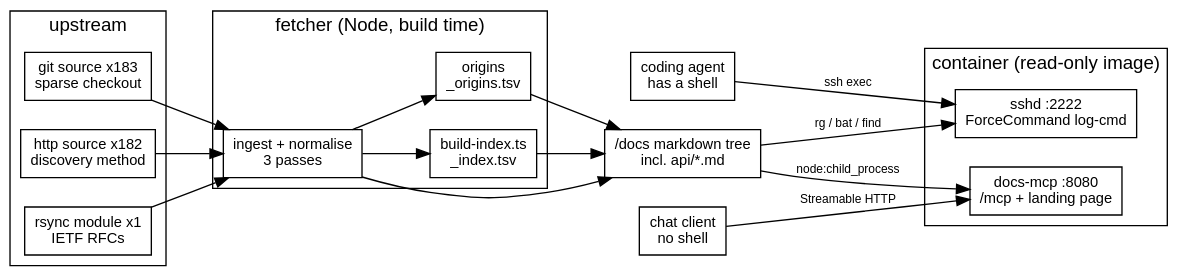
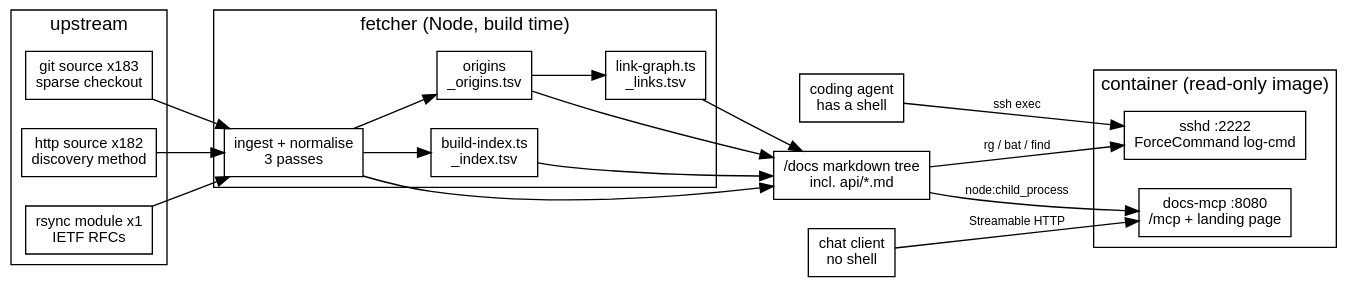
The diagram in src/content/docs/reference/docs-over-ssh.mdx (erfianugrah/lexicanum), drawn with Graphviz before and after one commit. The commit also changed other lines of this file, not shown here.

First line of the commit message:
docs(docs-over-ssh): link graph, docs_links, query log, per-page llms-full URLs, source health

````diff
--- a/src/content/docs/reference/docs-over-ssh.mdx
+++ b/src/content/docs/reference/docs-over-ssh.mdx
@@ -59,45 +67,48 @@
 ```dot
 digraph {
   rankdir=LR; bgcolor="transparent"; compound=true; nodesep=0.3; ranksep=0.7;
   fontname="Helvetica,Arial,sans-serif";
   node [fontname="Helvetica,Arial,sans-serif", fontsize=11, shape=box];
   edge [fontname="Helvetica,Arial,sans-serif", fontsize=9];
 
   subgraph cluster_up {
     label="upstream";
     git [label="git source x183\nsparse checkout"];
     http [label="http source x182\ndiscovery method"];
     rfc [label="rsync module x1\nIETF RFCs"];
   }
 
   subgraph cluster_build {
     label="fetcher (Node, build time)";
     norm [label="ingest + normalise\n3 passes"];
     idx [label="build-index.ts\n_index.tsv"];
     org [label="origins\n_origins.tsv"];
+    lnk [label="link-graph.ts\n_links.tsv"];
     norm -> idx;
     norm -> org;
+    org -> lnk;
   }
 
   docs [label="/docs markdown tree\nincl. api/*.md"];
   git -> norm;
   http -> norm;
   rfc -> norm;
   norm -> docs;
   idx -> docs;
   org -> docs;
+  lnk -> docs;
 
   subgraph cluster_run {
     label="container (read-only image)";
     sshd [label="sshd :2222\nForceCommand log-cmd"];
     mcp [label="docs-mcp :8080\n/mcp + landing page"];
   }
   docs -> sshd [label="rg / bat / find"];
   docs -> mcp [label="node:child_process"];
 
   agent [label="coding agent\nhas a shell"];
   chat [label="chat client\nno shell"];
   agent -> sshd [label="ssh exec"];
   chat -> mcp [label="Streamable HTTP"];
 }
 ```
````
